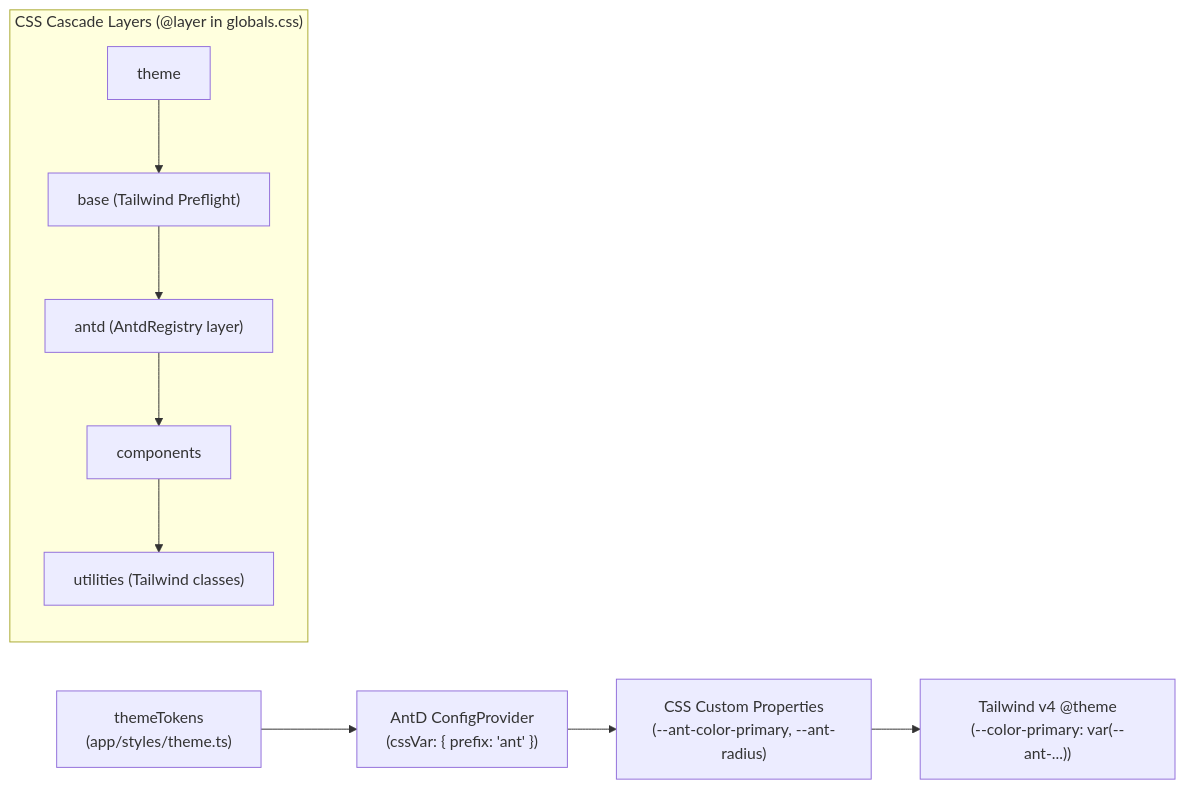
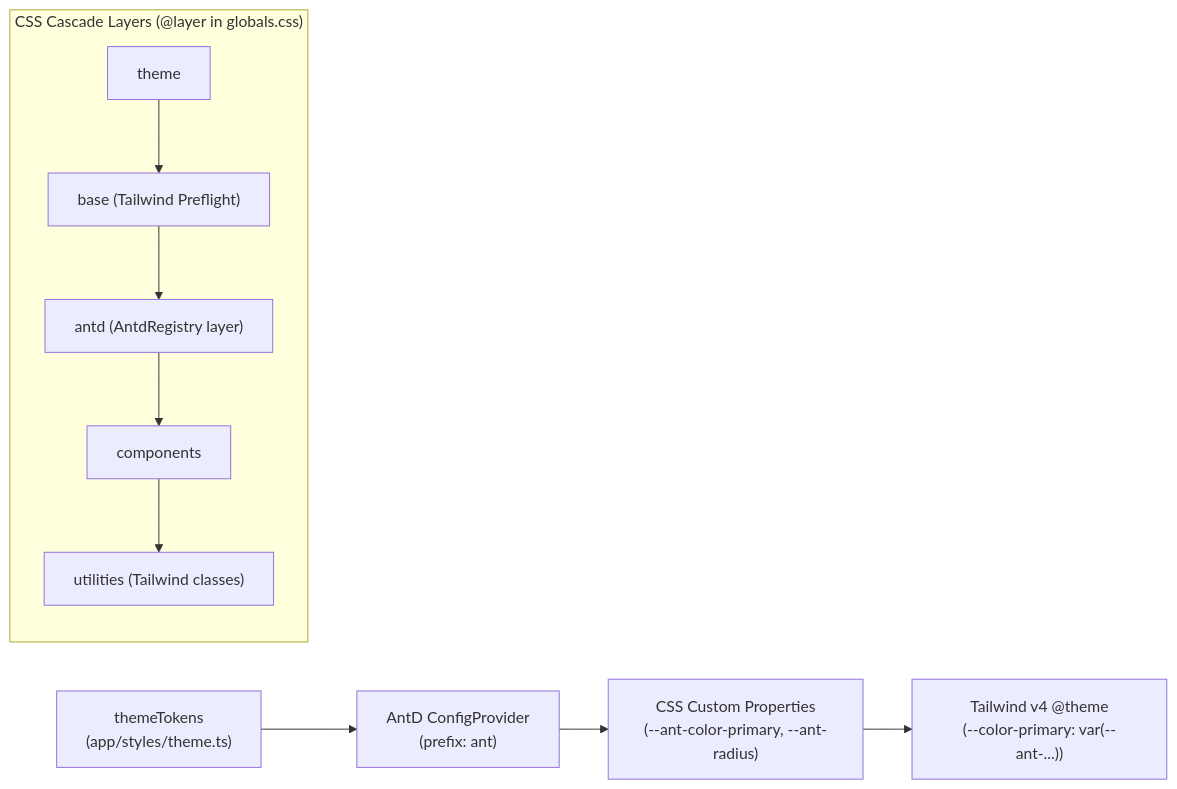
Before and after one commit to smk87/lend-loop-nextjs: the second of 2 diagrams in README.md, drawn with Mermaid. The commit also changed other lines of this file, not shown here.

````diff
--- a/README.md
+++ b/README.md
@@ -147,18 +147,18 @@
 ```mermaid
 flowchart LR
-    Tokens["themeTokens\n(app/styles/theme.ts)"]
-    Config["AntD ConfigProvider\n(cssVar: { prefix: 'ant' })"]
-    CSSVars["CSS Custom Properties\n(--ant-color-primary, --ant-radius)"]
-    Tailwind["Tailwind v4 @theme\n(--color-primary: var(--ant-...))"]
+    Tokens["themeTokens<br/>(app/styles/theme.ts)"]
+    Config["AntD ConfigProvider<br/>(prefix: ant)"]
+    CSSVars["CSS Custom Properties<br/>(--ant-color-primary, --ant-radius)"]
+    Tailwind["Tailwind v4 @theme<br/>(--color-primary: var(--ant-...))"]
     
     Tokens --> Config
     Config --> CSSVars
     CSSVars --> Tailwind
     
     subgraph Layers ["CSS Cascade Layers (@layer in globals.css)"]
         L1["theme"] --> L2["base (Tailwind Preflight)"]
         L2 --> L3["antd (AntdRegistry layer)"]
         L3 --> L4["components"]
         L4 --> L5["utilities (Tailwind classes)"]
     end
 ```
````
